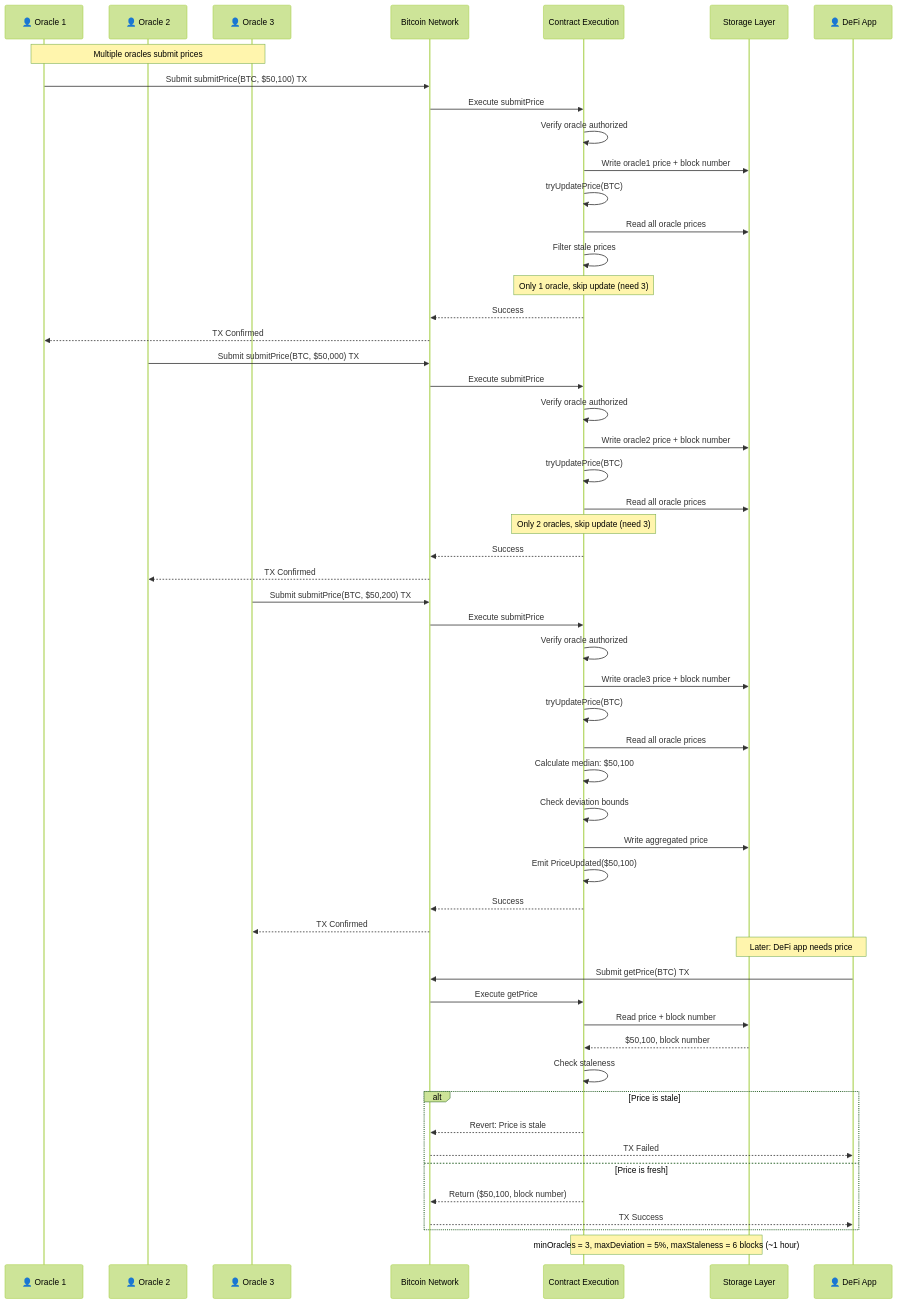
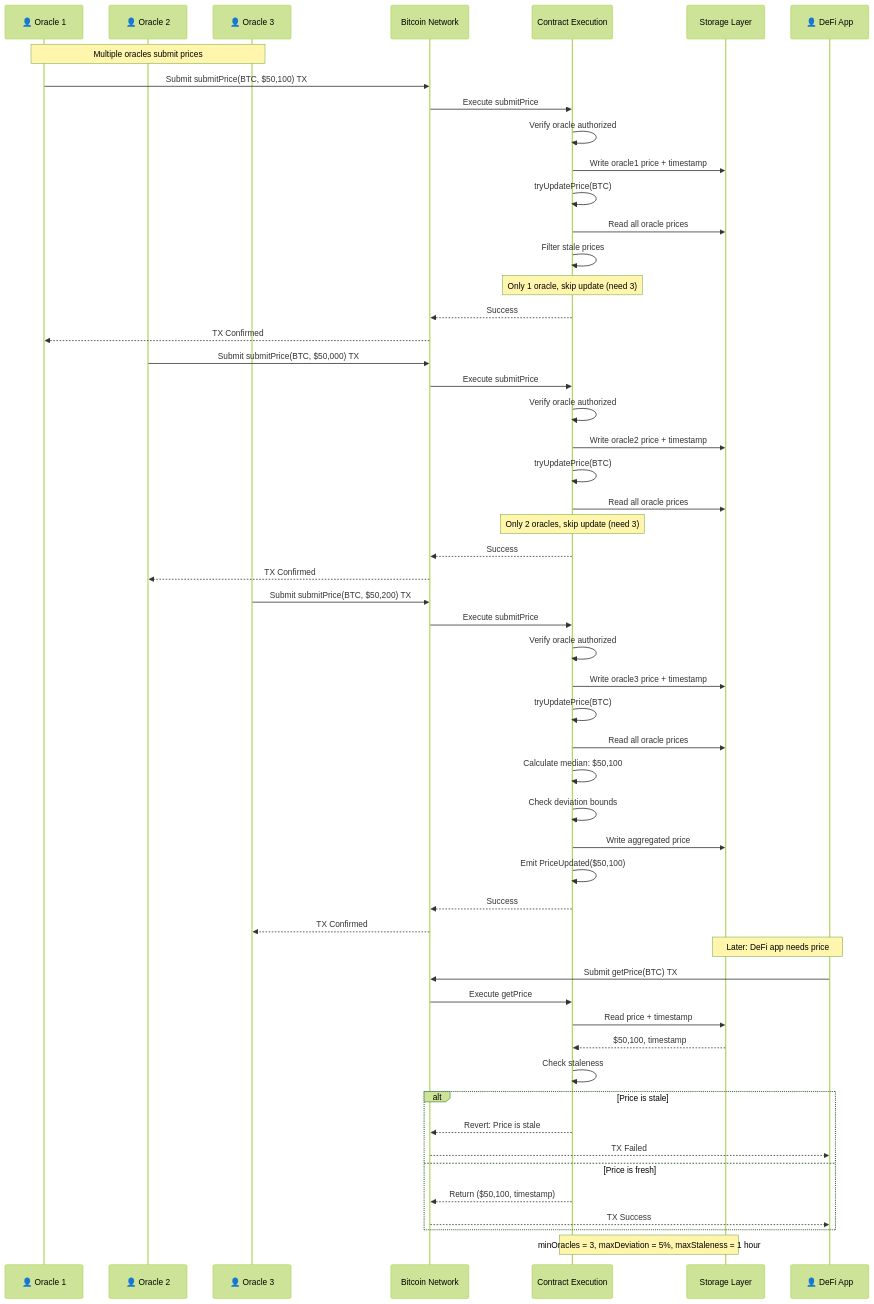
The fourth of 5 diagrams in docs/btc-runtime/examples/oracle-integration.md (btc-vision/opnet-skills), drawn with Mermaid (forest theme) before and after one commit. The commit also changed other lines of this file and 35 other files, not shown here.

````diff
--- a/docs/btc-runtime/examples/oracle-integration.md
+++ b/docs/btc-runtime/examples/oracle-integration.md
@@ -165,63 +167,63 @@
 ```mermaid
 sequenceDiagram
     participant Oracle1 as 👤 Oracle 1
     participant Oracle2 as 👤 Oracle 2
     participant Oracle3 as 👤 Oracle 3
     participant BTC as Bitcoin Network
     participant Contract as Contract Execution
     participant Storage as Storage Layer
     participant Consumer as 👤 DeFi App
 
     Note over Oracle1,Oracle3: Multiple oracles submit prices
 
     Oracle1->>BTC: Submit submitPrice(BTC, $50,100) TX
     BTC->>Contract: Execute submitPrice
     Contract->>Contract: Verify oracle authorized
-    Contract->>Storage: Write oracle1 price + block number
+    Contract->>Storage: Write oracle1 price + timestamp
     Contract->>Contract: tryUpdatePrice(BTC)
     Contract->>Storage: Read all oracle prices
     Contract->>Contract: Filter stale prices
     Note over Contract: Only 1 oracle, skip update (need 3)
     Contract-->>BTC: Success
     BTC-->>Oracle1: TX Confirmed
 
     Oracle2->>BTC: Submit submitPrice(BTC, $50,000) TX
     BTC->>Contract: Execute submitPrice
     Contract->>Contract: Verify oracle authorized
-    Contract->>Storage: Write oracle2 price + block number
+    Contract->>Storage: Write oracle2 price + timestamp
     Contract->>Contract: tryUpdatePrice(BTC)
     Contract->>Storage: Read all oracle prices
     Note over Contract: Only 2 oracles, skip update (need 3)
     Contract-->>BTC: Success
     BTC-->>Oracle2: TX Confirmed
 
     Oracle3->>BTC: Submit submitPrice(BTC, $50,200) TX
     BTC->>Contract: Execute submitPrice
     Contract->>Contract: Verify oracle authorized
-    Contract->>Storage: Write oracle3 price + block number
+    Contract->>Storage: Write oracle3 price + timestamp
     Contract->>Contract: tryUpdatePrice(BTC)
     Contract->>Storage: Read all oracle prices
     Contract->>Contract: Calculate median: $50,100
     Contract->>Contract: Check deviation bounds
     Contract->>Storage: Write aggregated price
     Contract->>Contract: Emit PriceUpdated($50,100)
     Contract-->>BTC: Success
     BTC-->>Oracle3: TX Confirmed
 
     Note over Consumer,Storage: Later: DeFi app needs price
 
     Consumer->>BTC: Submit getPrice(BTC) TX
     BTC->>Contract: Execute getPrice
-    Contract->>Storage: Read price + block number
-    Storage-->>Contract: $50,100, block number
+    Contract->>Storage: Read price + timestamp
+    Storage-->>Contract: $50,100, timestamp
     Contract->>Contract: Check staleness
     alt Price is stale
         Contract-->>BTC: Revert: Price is stale
         BTC-->>Consumer: TX Failed
     else Price is fresh
-        Contract-->>BTC: Return ($50,100, block number)
+        Contract-->>BTC: Return ($50,100, timestamp)
         BTC-->>Consumer: TX Success
     end
 
-    Note over Contract,Storage: minOracles = 3, maxDeviation = 5%, maxStaleness = 6 blocks (~1 hour)
+    Note over Contract,Storage: minOracles = 3, maxDeviation = 5%, maxStaleness = 1 hour
 ```
````
